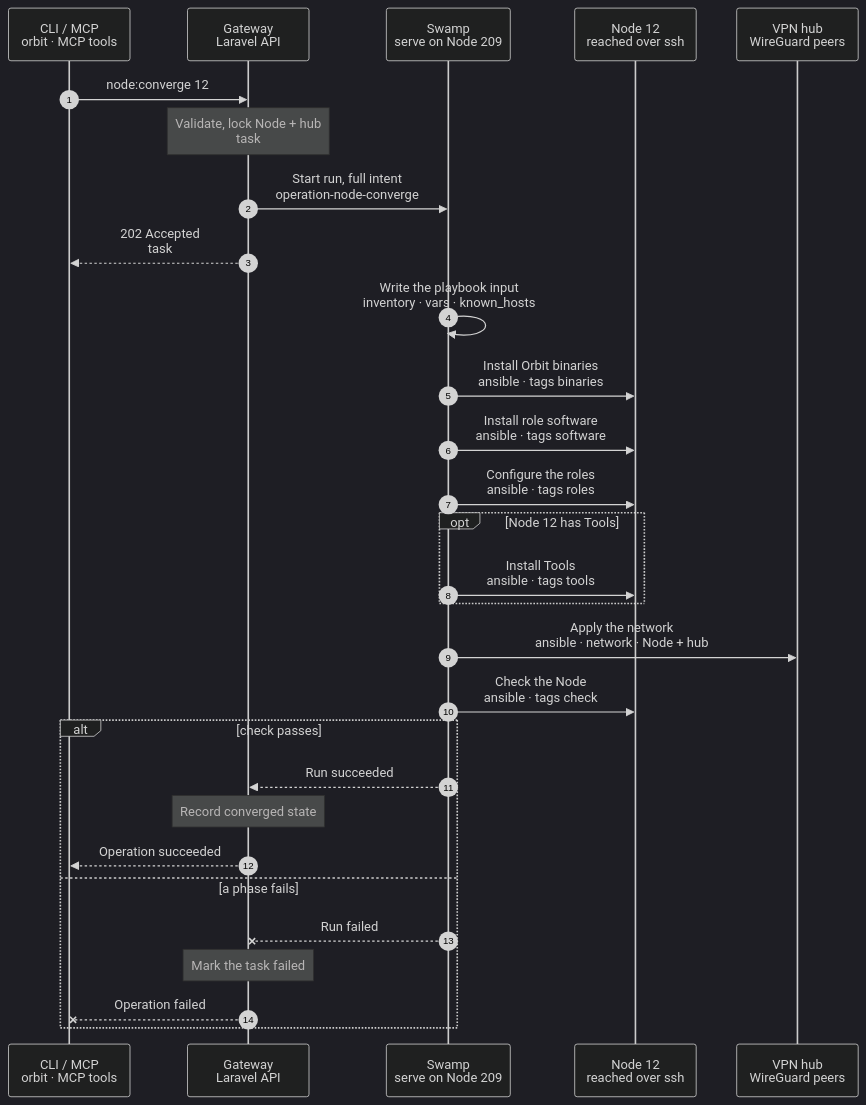
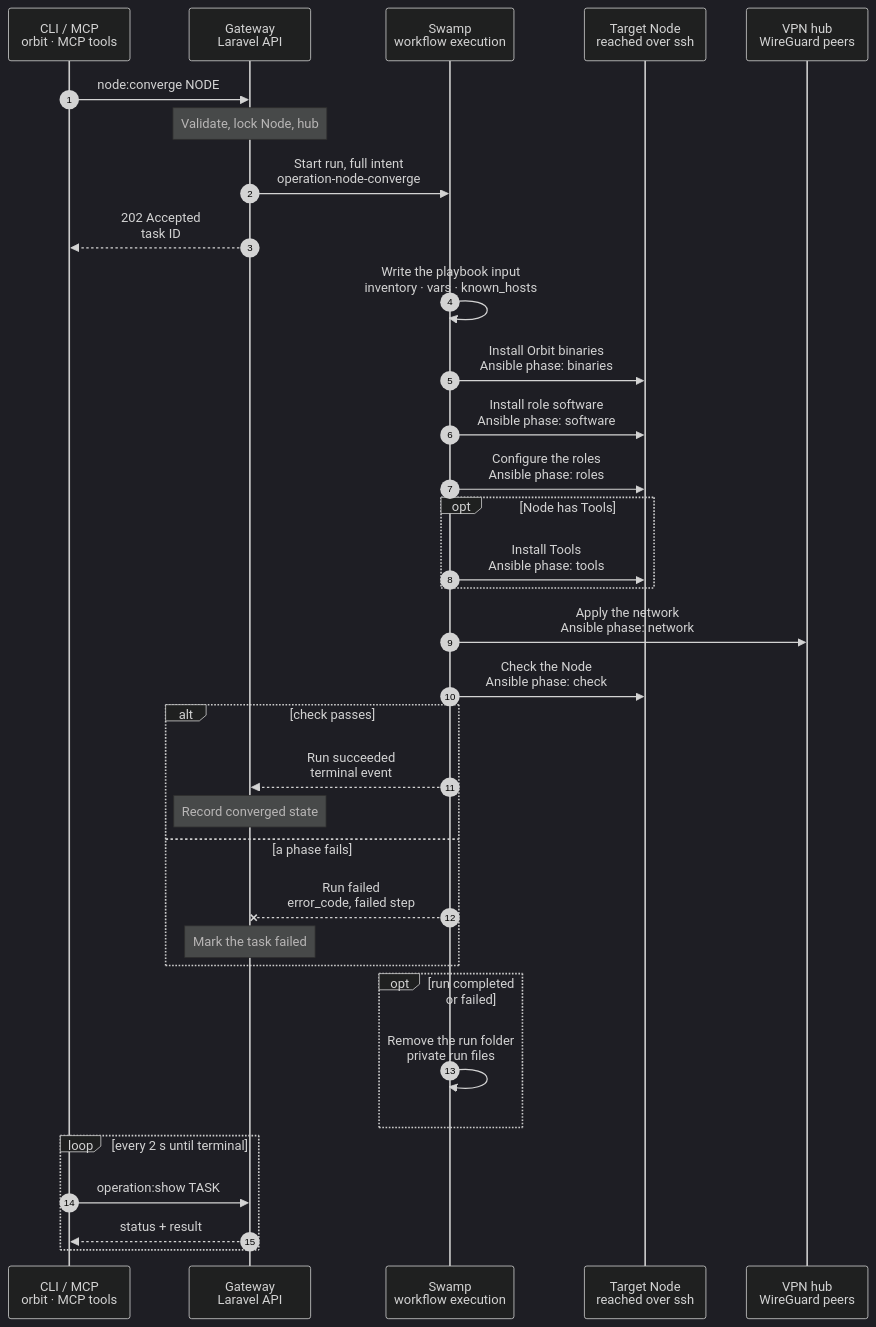
The diagram in docs/cli/node/converge.mmd (hardimpactdev/orbit), drawn with Mermaid (dark theme) before and after one commit. The commit also changed 2 other files, not shown here.

Commit message:
docs(node): node:converge is ready (chart, page, cases)

```diff
--- a/docs/cli/node/converge.mmd
+++ b/docs/cli/node/converge.mmd
@@ -1,67 +1,95 @@
 sequenceDiagram
-  %% Target design: fleet maintenance redesign 2026-11-03 (recipe.json read by Ansible, Tools phase last, recipe packages held). docs/reference/node-provisioning.md#converge-the-orbit-footprint.
-  %% status: draft
+  %% Target design: fleet maintenance redesign (recipe.json read by Ansible, Tools phase last, recipe packages held). docs/reference/node-provisioning.md#converge-the-orbit-footprint.
+  %% status: reviewed
   %% command: node:converge
   %% kind: node.converge
-  %% Pinned Debian downloads use native SSH curl exit codes for transport-only fallback, then verify the pin before publication.
   autonumber
   %% lane CLI icon=terminal pill=caller tone=gray
   %% lane GW icon=gateway pill=intent tone=blue
   %% lane SW icon=workflow pill=executes tone=green
   %% lane N icon=server pill=target tone=amber
   %% lane H icon=server pill=target tone=purple
   participant CLI as CLI / MCP<br/>orbit · MCP tools
   participant GW as Gateway<br/>Laravel API
-  participant SW as Swamp<br/>serve on Node 209
-  participant N as Node 12<br/>reached over ssh
+  participant SW as Swamp<br/>workflow execution
+  participant N as Target Node<br/>reached over ssh
   participant H as VPN hub<br/>WireGuard peers
-  CLI->>GW: node:converge 12
+  CLI->>GW: node:converge NODE
   %%> Command:
-  %%> - `orbit node:converge 12`
-  %%> - syntax: `<node> [--idempotency-key=KEY] [--json]`
-  Note over GW: Validate, lock Node + hub<br/>task #5180
+  %%> - `orbit node:converge NODE`
+  %%> - syntax: `<node> [--json]`
+  %%> What it does:
+  %%> - brings one Node fully to the release: Orbit binaries, role software, roles, Tools and network
+  %%> - every run applies all phases; each phase skips what already matches
+  %%> Who can call it:
+  %%> - the `orbit` CLI and the MCP tool send the same request
+  Note over GW: Validate, lock Node, hub
   %%> Requirements:
-  %%> - your Node has an access grant to Node 12
-  %%> - Node 12 is an active, managed Linux Node
+  %%> - the calling Node has an access grant to the target Node
+  %%> - the target is an active, managed Linux Node (`node.converge_unsupported`)
+  %%> - no other converge runs for the target or the hub; the Gateway holds one lock for each
   %%> Builds:
-  %%> - targets only: Node 12, its active roles, its Tools, its recorded network, and the hub
-  %%> - no versions: the playbooks read them from the release's recipe.json
+  %%> - targets only: the Node, its active roles, its Tools, its recorded network and the hub
+  %%> - no versions: the playbooks read the pins of the release
   GW->>SW: Start run, full intent<br/>operation-node-converge
-  GW-->>CLI: 202 Accepted<br/>task #5180
+  GW-->>CLI: 202 Accepted<br/>task ID
+  %%> What you get:
+  %%> - the task ID, at once
+  %%> Next:
+  %%> - the CLI follows the task with `operation:show`
   SW->>SW: Write the playbook input<br/>inventory · vars · known_hosts
   %%> Why:
-  %%> - the intent is too large for one environment value, so it goes to a 0600 run file
-  SW->>N: Install Orbit binaries<br/>ansible · tags binaries
+  %%> - the intent is too large for one environment value, so it goes to a private run file
+  SW->>N: Install Orbit binaries<br/>Ansible phase: binaries
   %%> Why first:
-  %%> - later phases and Doctor rely on the agent's facts and the orbit-env group
-  %%> - the CLI comes with it, so one converge brings a Node fully to the release
-  SW->>N: Install role software<br/>ansible · tags software
+  %%> - later phases and Doctor rely on the agent's facts and the `orbit-env` group
+  %%> - it covers the agent's configuration and unit, the `orbit-env` access to Instance `.env` files, and the temporary-file cleanup rule; the agent restarts only when a file changed
+  %%> - the Orbit CLI comes with it, so one converge brings a Node fully to the release
+  SW->>N: Install role software<br/>Ansible phase: software
   %%> Why:
   %%> - installs the recipe's common and role tools at their pins, then holds them
-  %%> - the hold keeps Tools from moving tested software; Ubuntu `-security` updates still pass
-  SW->>N: Configure the roles<br/>ansible · tags roles
-  opt Node 12 has Tools
-    SW->>N: Install Tools<br/>ansible · tags tools
-    %%> Why last:
+  %%> - the hold keeps Tools from moving tested software; Ubuntu security updates still pass
+  SW->>N: Configure the roles<br/>Ansible phase: roles
+  %%> Best effort:
+  %%> - closing world access on Instance `.env` files and clearing Route residue never fail the run; the next converge tries again
+  opt Node has Tools
+    SW->>N: Install Tools<br/>Ansible phase: tools
+    %%> Why last of the software:
     %%> - a Tool that needs another version of a held package fails alone; role software stays as tested
     %%> On a Tool failure:
-    %%> - the phase goes on with the other Tools and returns each Tool's result; the Gateway marks only that Tool failed
+    %%> - the phase goes on with the other Tools and returns each Tool's result; only that Tool is marked failed
   end
-  SW->>H: Apply the network<br/>ansible · network · Node + hub
+  SW->>H: Apply the network<br/>Ansible phase: network
   %%> Why one phase on both Nodes:
-  %%> - the peer and the hub change together; Ansible runs them in parallel
+  %%> - the peer and the hub change together; the hub first, then the Node, then a wait for the handshake
   %%> - no drift writes no file and reloads nothing
-  SW->>N: Check the Node<br/>ansible · tags check
+  SW->>N: Check the Node<br/>Ansible phase: check
   %%> Why:
   %%> - the one end check: role software, units, sites and a recent handshake
+  %%> - a hub with no peers has no handshake to check, and a Node with no recorded hub skips the network phase
   alt check passes
-    SW-->>GW: Run succeeded
+    SW-->>GW: Run succeeded<br/>terminal event
+    %%> How the Gateway learns it:
+    %%> - its shared run reader sees the terminal event; Swamp never calls the Gateway
     Note over GW: Record converged state
-    GW-->>CLI: Operation succeeded
+    %%> Result:
+    %%> - the task succeeds; a failed Tool is marked failed on its own record
   else a phase fails
-    SW--xGW: Run failed
-    %%> On failure:
-    %%> - nothing is rolled back; a rerun starts from the first phase and skips what matches
+    SW--xGW: Run failed<br/>error_code, failed step
     Note over GW: Mark the task failed
-    GW--xCLI: Operation failed
+    %%> Result:
+    %%> - the task fails with the failed phase
+    %%> On the Node:
+    %%> - finished phases stay; there is no rollback
+    %%> Retry:
+    %%> - run the same command again: it starts from the first phase and skips what matches
   end
+  opt run completed or failed
+    SW->>SW: Remove the run folder<br/>private run files
+    %%> Why:
+    %%> - the intent, inventory and any secrets do not outlive the run, whatever its result
+  end
+  loop every 2 s until terminal
+    CLI->>GW: operation:show TASK
+    GW-->>CLI: status + result
+  end
```
